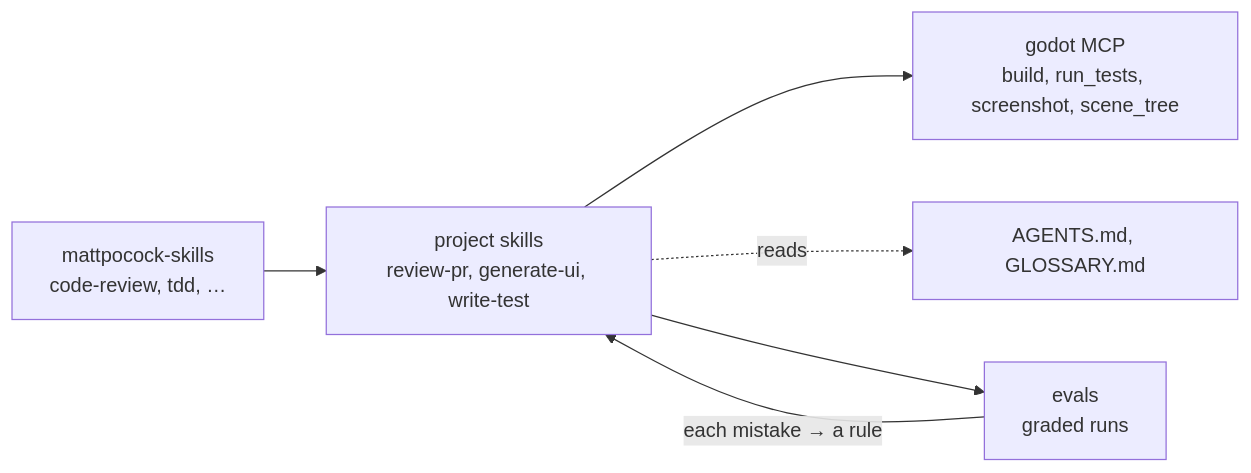
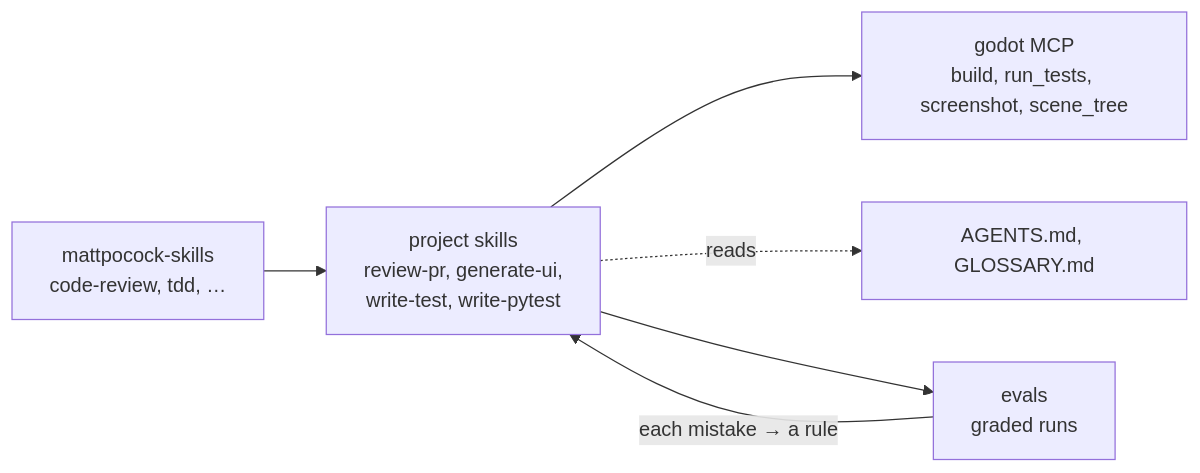
Before and after one commit to pyrozhok/Starter-Kit-City-Builder: the third of 3 diagrams in README.md, drawn with Mermaid. The commit also changed other lines of this file, not shown here.

First line of the commit message:
docs(readme): write-pytest, the third agent: results, how it tests Godot, limits

````diff
--- a/README.md
+++ b/README.md
@@ -86,8 +110,8 @@
 ```mermaid
 flowchart LR
-  A["mattpocock-skills<br/>code-review, tdd, …"] --> B["project skills<br/>review-pr, generate-ui, write-test"]
+  A["mattpocock-skills<br/>code-review, tdd, …"] --> B["project skills<br/>review-pr, generate-ui,<br/>write-test, write-pytest"]
   B --> C["godot MCP<br/>build, run_tests, screenshot, scene_tree"]
   B -. reads .-> D["AGENTS.md, GLOSSARY.md"]
   B --> E["evals<br/>graded runs"]
   E -- "each mistake → a rule" --> B
 ```
````
